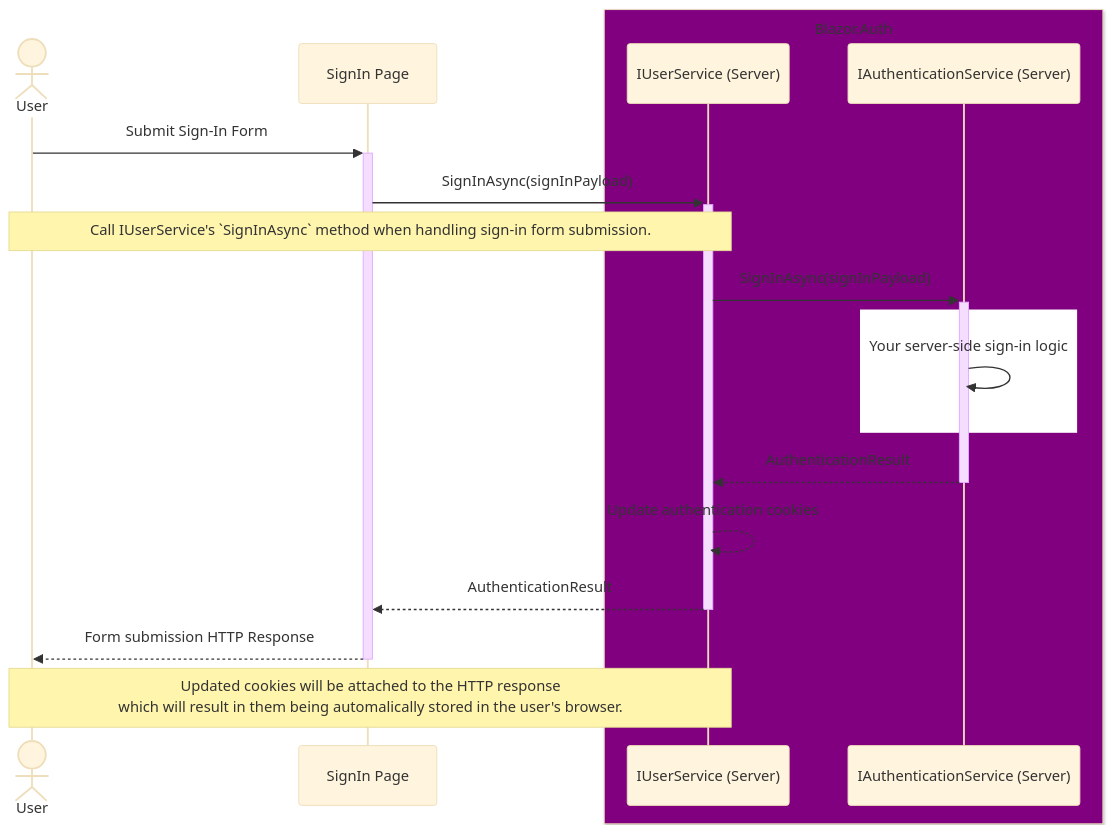
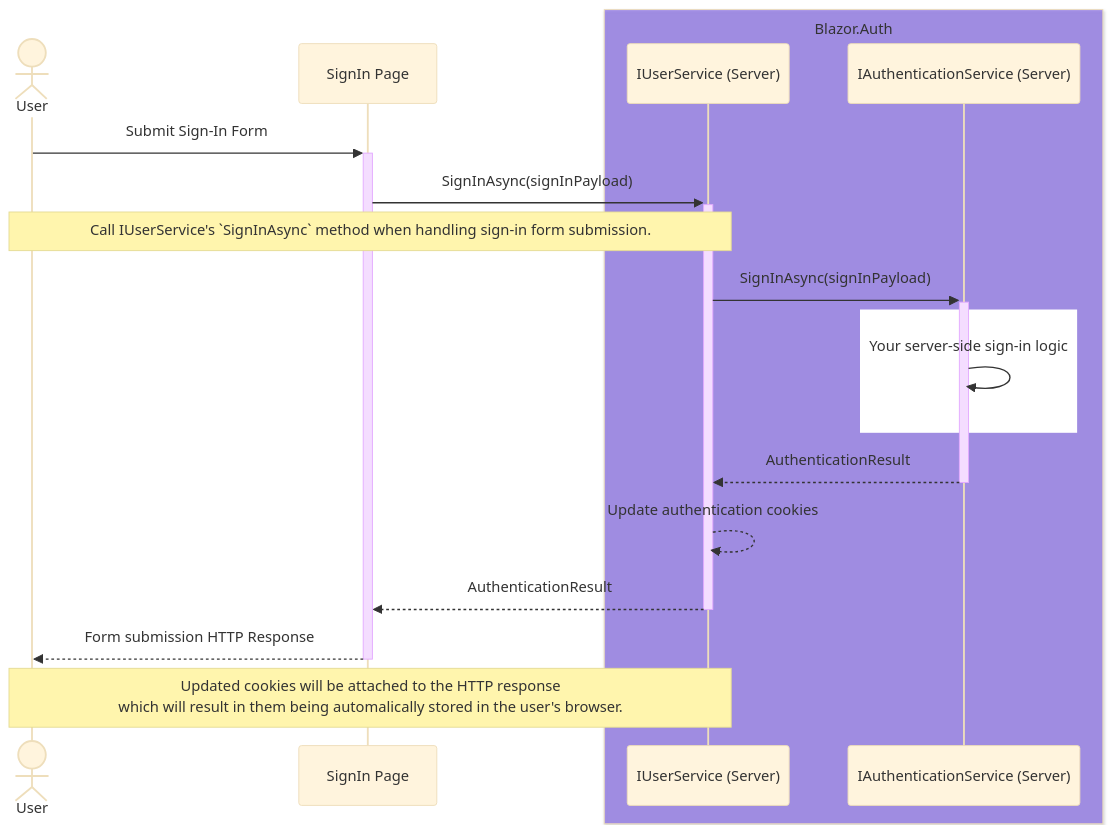
Before and after one commit to BitzArt/Blazor.Auth: the first of 3 diagrams in docs/src/04.use-cases/01.static-ssr.md, drawn with Mermaid (base theme). The commit also changed other lines of this file, not shown here.

````diff
--- a/docs/src/04.use-cases/01.static-ssr.md
+++ b/docs/src/04.use-cases/01.static-ssr.md
@@ -11,30 +11,30 @@
 ```mermaid
 sequenceDiagram
 
 actor user as User
 participant page as SignIn Page
 
-box Purple Blazor.Auth
+box rgba(101, 63, 232, 0.5) Blazor.Auth
 participant userService as IUserService (Server)
 participant authService as IAuthenticationService (Server)
 end
 
 user ->>+ page: Submit Sign-In Form
 
 page ->>+ userService: SignInAsync(signInPayload)
 note over user,userService: Call IUserService's `SignInAsync` method when handling sign-in form submission.
 
 userService ->>+ authService: SignInAsync(signInPayload)
 
 rect background
 authService ->> authService: Your server-side sign-in logic
 end
 
 authService -->>- userService: AuthenticationResult
 
 userService -->> userService: Update authentication cookies
 userService -->>- page: AuthenticationResult
 
 page -->>- user:  Form submission HTTP Response
 note over user,userService: Updated cookies will be attached to the HTTP response <br/> which will result in them being automalically stored in the user's browser.
 ```
````
